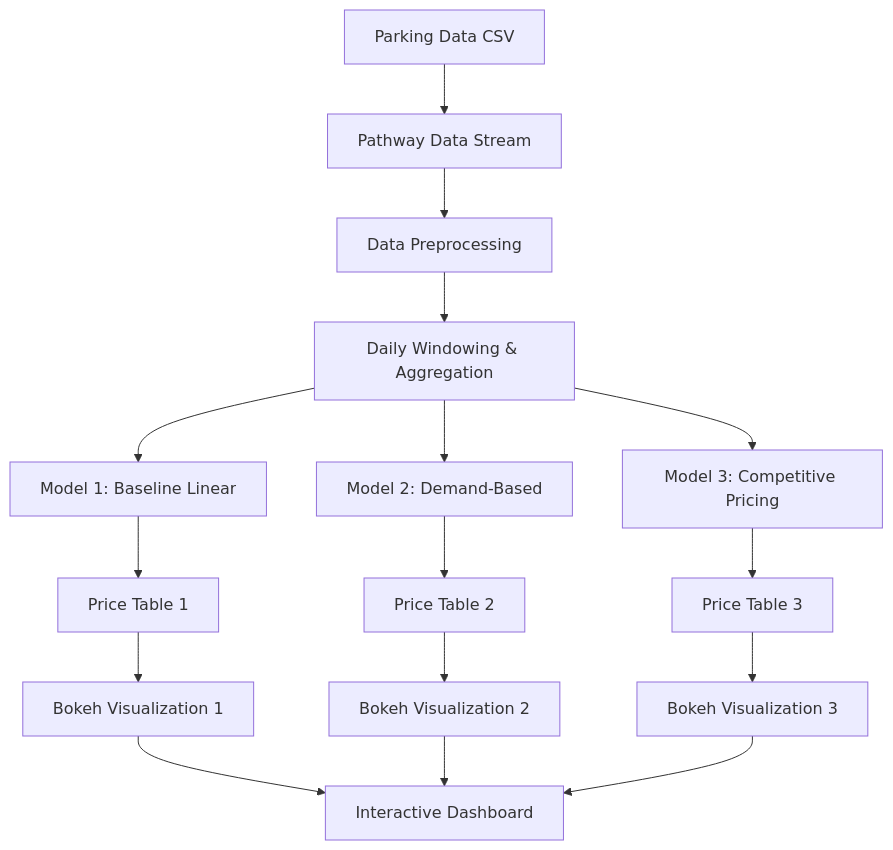
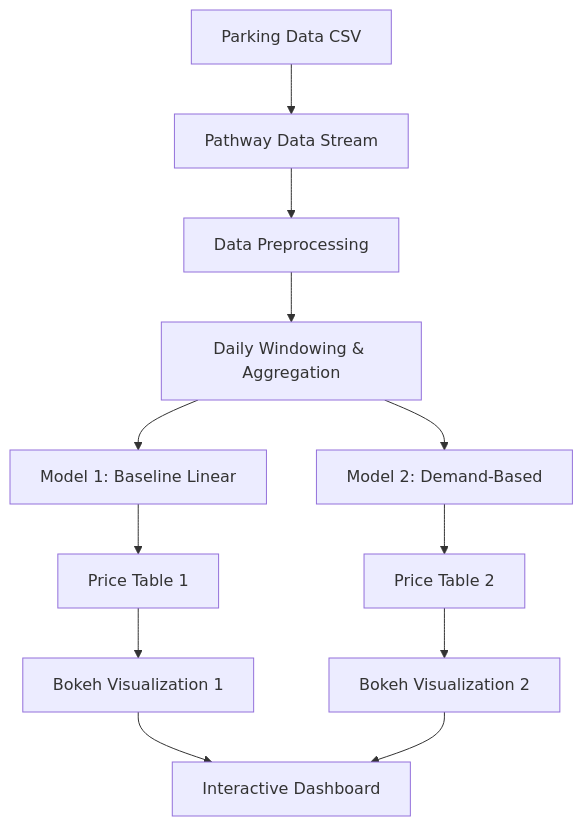
One commit to Adit-Jain-srm/SA_CapstoneProject_DynamicPricing changed the diagram in README.md. Above: the diagram before and after it, drawn with Mermaid. The commit also changed other lines of this file, not shown here.

````diff
--- a/README.md
+++ b/README.md
@@ -37,22 +36,18 @@
 ```mermaid
 graph TD
     A[Parking Data CSV] --> B[Pathway Data Stream];
     B --> C[Data Preprocessing];
     C --> D[Daily Windowing & Aggregation];
     
     D --> E1[Model 1: Baseline Linear];
     D --> E2[Model 2: Demand-Based];
-    D --> E3[Model 3: Competitive Pricing];
     
     E1 --> F1[Price Table 1];
     E2 --> F2[Price Table 2];
-    E3 --> F3[Price Table 3];
     
     F1 --> G1[Bokeh Visualization 1];
     F2 --> G2[Bokeh Visualization 2];
-    F3 --> G3[Bokeh Visualization 3];
     
     G1 --> H[Interactive Dashboard];
     G2 --> H;
-    G3 --> H;
 ```
````
